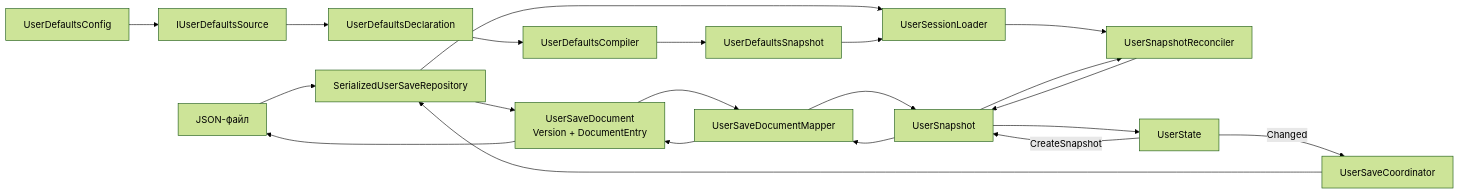
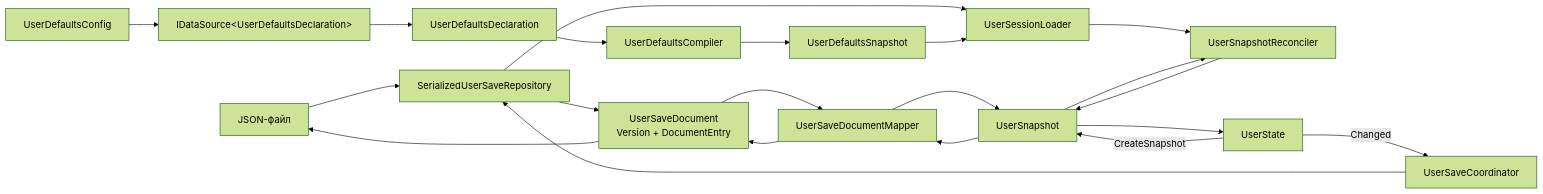
One commit to SmailikMailik/ll-test changed the third of 3 diagrams in Documentation/Architecture/Game-And-User-Data.md. Above: the diagram before and after it, drawn with Mermaid (forest theme). The commit also changed other lines of this file and 62 other files, not shown here.

````diff
--- a/Documentation/Architecture/Game-And-User-Data.md
+++ b/Documentation/Architecture/Game-And-User-Data.md
@@ -194,38 +196,38 @@
 ```mermaid
 flowchart LR
     Storage["JSON-файл"]
     Repository["SerializedUserSaveRepository"]
     Document["UserSaveDocument<br/>Version + DocumentEntry"]
     Mapper["UserSaveDocumentMapper"]
     Snapshot["UserSnapshot"]
     Loader["UserSessionLoader"]
     Config["UserDefaultsConfig"]
-    Source["IUserDefaultsSource"]
+    Source["IDataSource&lt;UserDefaultsDeclaration&gt;"]
     Declaration["UserDefaultsDeclaration"]
     Compiler["UserDefaultsCompiler"]
     Defaults["UserDefaultsSnapshot"]
     Reconciler["UserSnapshotReconciler"]
     State["UserState"]
     Coordinator["UserSaveCoordinator"]
 
     Storage --> Repository
     Repository --> Document
     Document --> Mapper
     Mapper --> Snapshot
     Repository --> Loader
     Config --> Source
     Source --> Declaration
     Declaration --> Compiler
     Compiler --> Defaults
     Defaults --> Loader
     Loader --> Reconciler
     Snapshot --> Reconciler
     Reconciler --> Snapshot
     Snapshot --> State
     State -- Changed --> Coordinator
     Coordinator --> Repository
     State -- CreateSnapshot --> Snapshot
     Snapshot --> Mapper
     Mapper --> Document
     Document --> Storage
 ```
````
